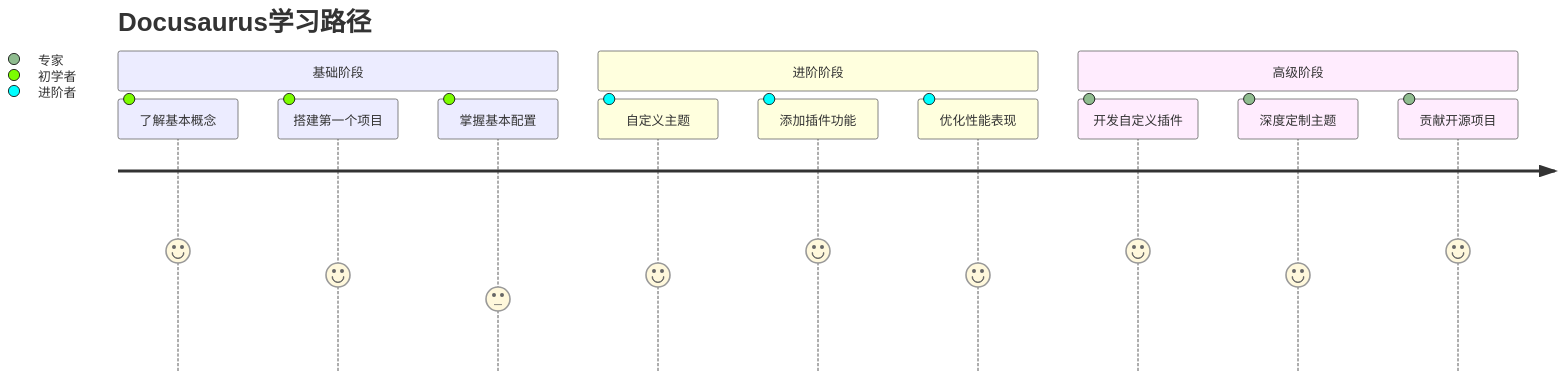
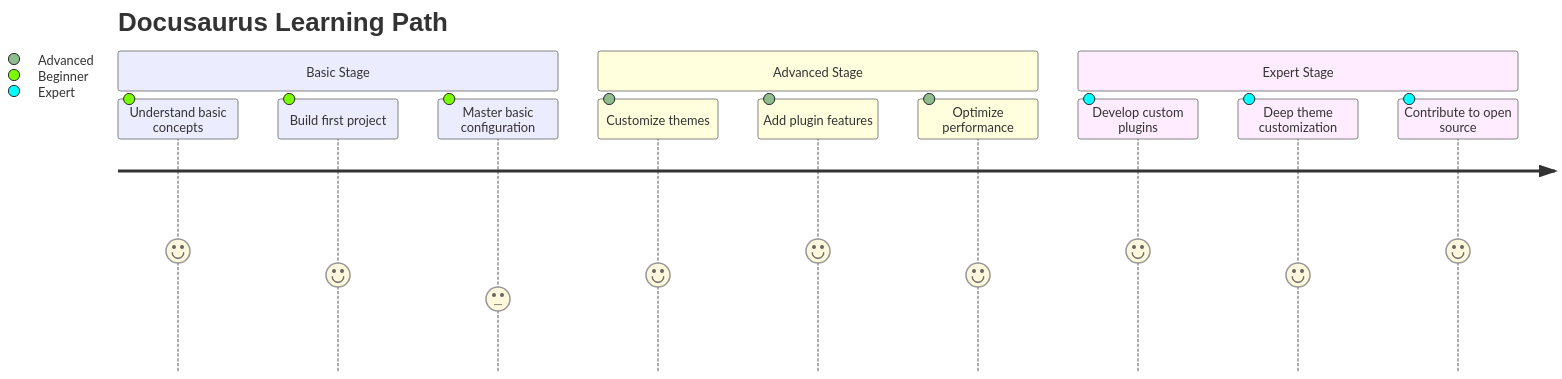
Before and after one commit to ChanMeng666/ai-programming-teaching-project: the tenth of 10 diagrams in i18n/en/docusaurus-plugin-content-docs/version-2024-winter/tutorials/docusaurus-tutorial.mdx, drawn with Mermaid. The commit also changed other lines of this file and 11 other files, not shown here.

````diff
--- a/i18n/en/docusaurus-plugin-content-docs/version-2024-winter/tutorials/docusaurus-tutorial.mdx
+++ b/i18n/en/docusaurus-plugin-content-docs/version-2024-winter/tutorials/docusaurus-tutorial.mdx
@@ -815,16 +815,16 @@
 ```mermaid
 journey
-    title Docusaurus学习路径
-    section 基础阶段
-      了解基本概念: 5: 初学者
-      搭建第一个项目: 4: 初学者
-      掌握基本配置: 3: 初学者
-    section 进阶阶段
-      自定义主题: 4: 进阶者
-      添加插件功能: 5: 进阶者
-      优化性能表现: 4: 进阶者
-    section 高级阶段
-      开发自定义插件: 5: 专家
-      深度定制主题: 4: 专家
-      贡献开源项目: 5: 专家
+    title Docusaurus Learning Path
+    section Basic Stage
+      Understand basic concepts: 5: Beginner
+      Build first project: 4: Beginner
+      Master basic configuration: 3: Beginner
+    section Advanced Stage
+      Customize themes: 4: Advanced
+      Add plugin features: 5: Advanced
+      Optimize performance: 4: Advanced
+    section Expert Stage
+      Develop custom plugins: 5: Expert
+      Deep theme customization: 4: Expert
+      Contribute to open source: 5: Expert
 ```
````
